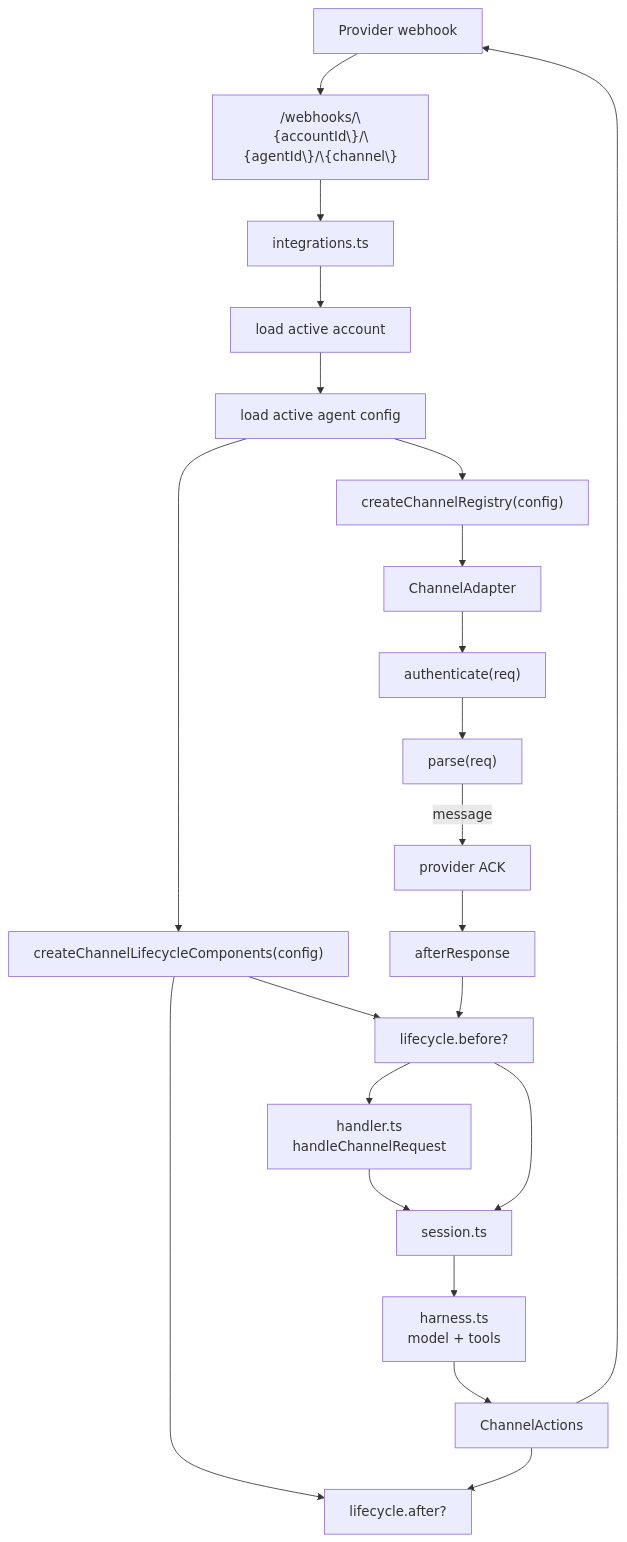
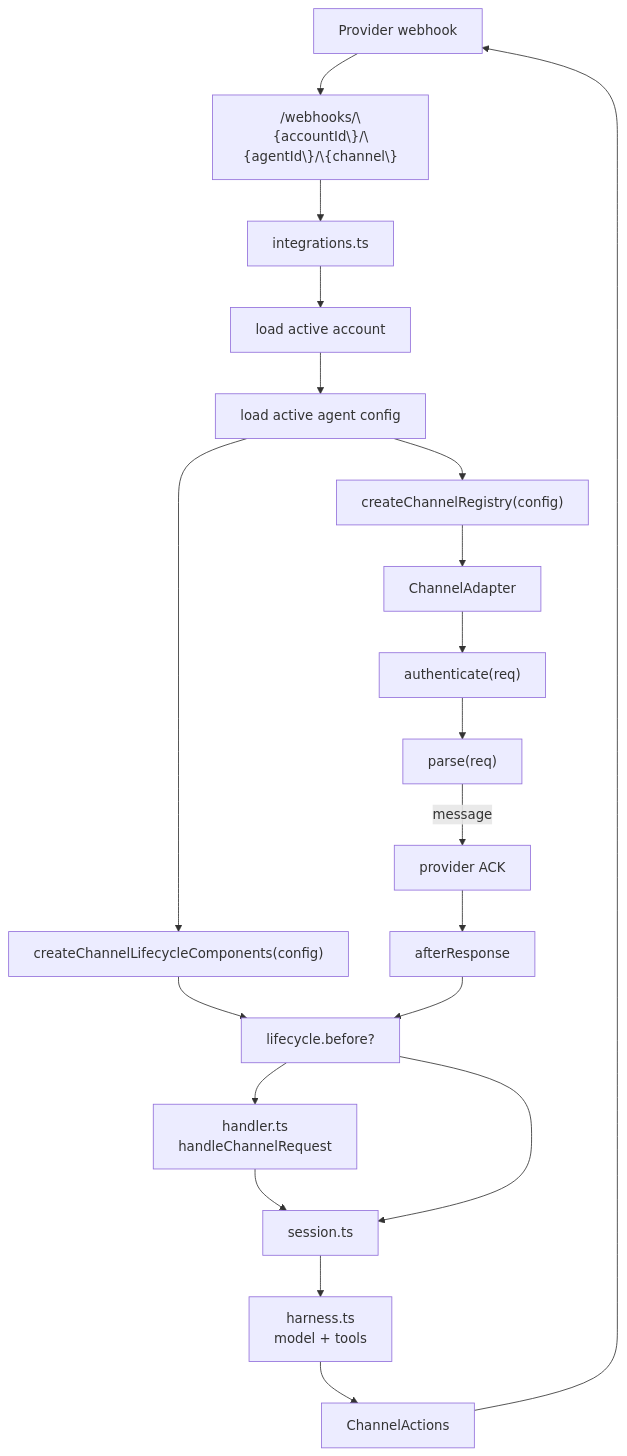
Before and after one commit to beeblastco/broods: the diagram in docs/channels.md, drawn with Mermaid. The commit also changed other lines of this file and 13 other files, not shown here.

````diff
--- a/docs/channels.md
+++ b/docs/channels.md
@@ -13,24 +13,22 @@
 ```mermaid
 flowchart TD
   Provider["Provider webhook"] --> Url["/webhooks/\{accountId\}/\{agentId\}/\{channel\}"]
   Url --> Integrations["integrations.ts"]
   Integrations --> Account["load active account"]
   Account --> Agent["load active agent config"]
   Agent --> Registry["createChannelRegistry(config)"]
   Agent --> Lifecycle["createChannelLifecycleComponents(config)"]
   Registry --> Adapter["ChannelAdapter"]
   Adapter --> Auth["authenticate(req)"]
   Auth --> Parse["parse(req)"]
   Parse -->|"message"| Ack["provider ACK"]
   Ack --> After["afterResponse"]
   Lifecycle --> Before
   After --> Before["lifecycle.before?"]
   Before --> Handler["handler.ts<br/>handleChannelRequest"]
   Handler --> Session["session.ts"]
   Before --> Session
   Session --> Harness["harness.ts<br/>model + tools"]
   Harness --> Actions["ChannelActions"]
-  Lifecycle --> Record
-  Actions --> Record["lifecycle.after?"]
   Actions --> Provider
 ```
````
